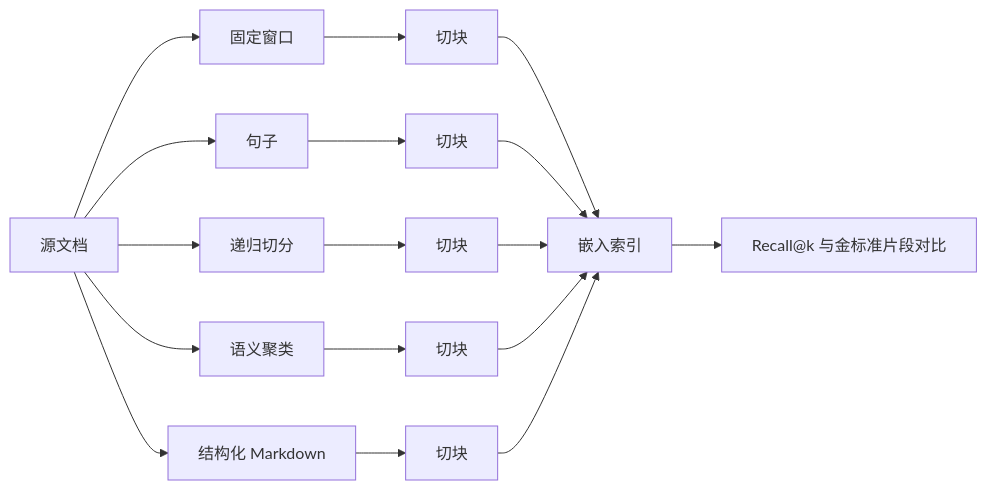
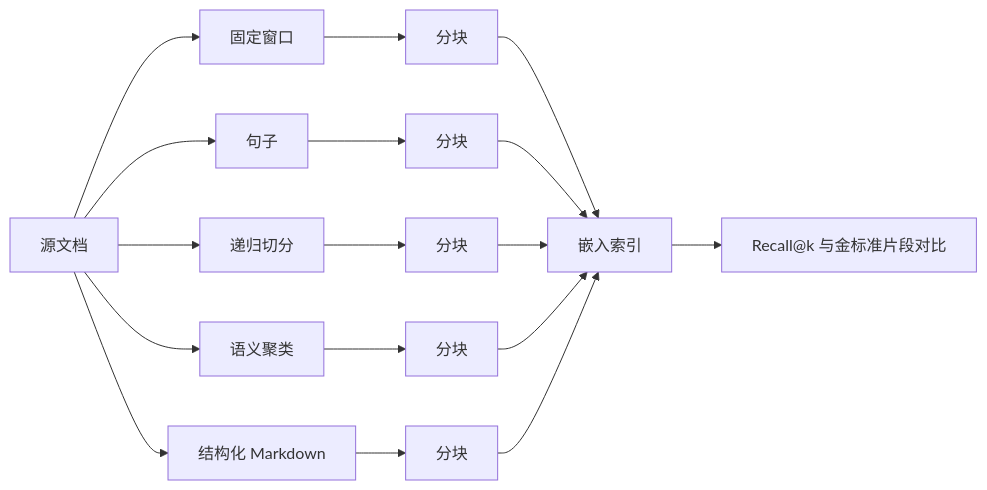
Before and after one commit to huangyue12120/Learning-Atlas: the diagram in content/translations/practice/19-capstone-projects/64-chunking-strategies-advanced/zh.md, drawn with Mermaid. The commit also changed other lines of this file and 718 other files, not shown here.

````diff
--- a/content/translations/practice/19-capstone-projects/64-chunking-strategies-advanced/zh.md
+++ b/content/translations/practice/19-capstone-projects/64-chunking-strategies-advanced/zh.md
@@ -38,19 +38,19 @@
 ```mermaid
 flowchart LR
   Doc[源文档] --> S1[固定窗口]
   Doc --> S2[句子]
   Doc --> S3[递归切分]
   Doc --> S4[语义聚类]
   Doc --> S5[结构化 Markdown]
-  S1 --> Chunks1[切块]
-  S2 --> Chunks2[切块]
-  S3 --> Chunks3[切块]
-  S4 --> Chunks4[切块]
-  S5 --> Chunks5[切块]
+  S1 --> Chunks1[分块]
+  S2 --> Chunks2[分块]
+  S3 --> Chunks3[分块]
+  S4 --> Chunks4[分块]
+  S5 --> Chunks5[分块]
   Chunks1 --> Index[嵌入索引]
   Chunks2 --> Index
   Chunks3 --> Index
   Chunks4 --> Index
   Chunks5 --> Index
   Index --> Eval["Recall@k 与金标准片段对比"]
 ```
````
